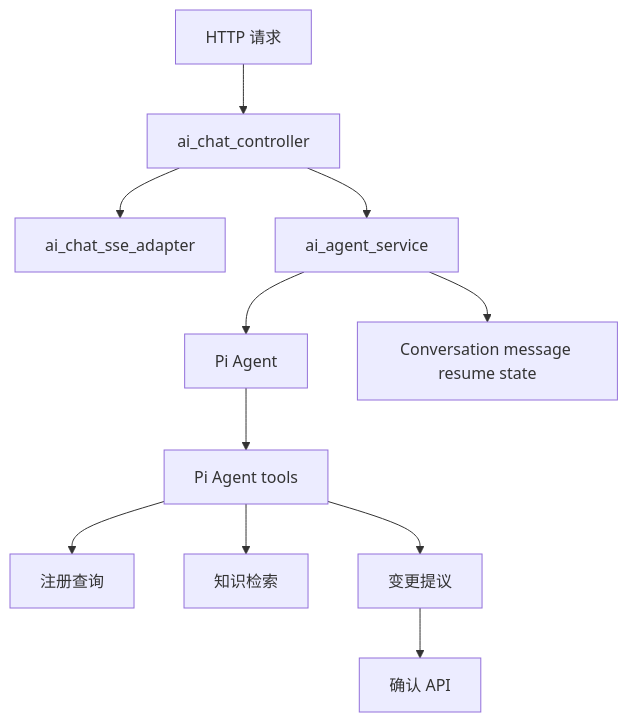
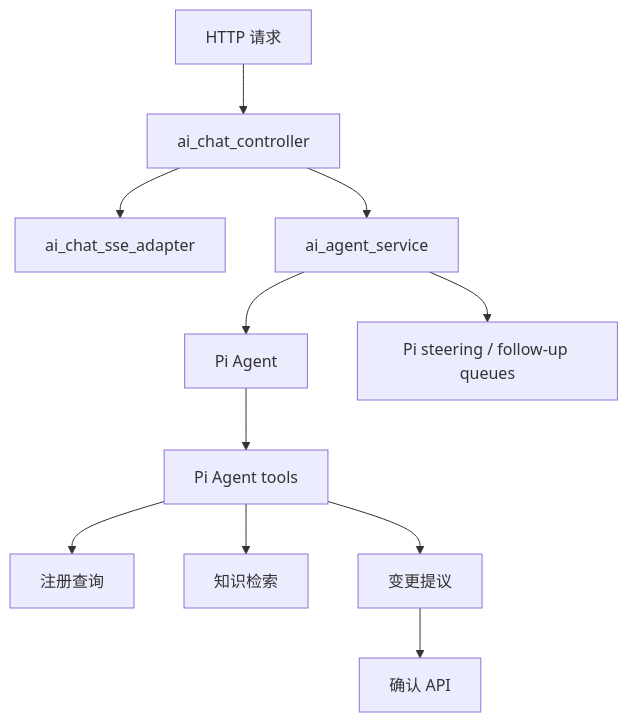
Before and after one commit to OSpoon/api-starter-kit: the diagram in docs/ai-assistant-architecture.md, drawn with Mermaid. The commit also changed other lines of this file and 43 other files, not shown here.

First line of the commit message:
Refactor AI chat components and API to support timeline features

````diff
--- a/docs/ai-assistant-architecture.md
+++ b/docs/ai-assistant-architecture.md
@@ -7,13 +7,13 @@
 ```mermaid
 flowchart TB
   A["HTTP 请求"] --> B["ai_chat_controller"]
   B --> C["ai_chat_sse_adapter"]
   B --> D["ai_agent_service"]
   D --> E["Pi Agent"]
   E --> F["Pi Agent tools"]
   F --> G["注册查询"]
   F --> H["知识检索"]
   F --> I["变更提议"]
   I --> J["确认 API"]
-  D --> K["Conversation message resume state"]
+  D --> K["Pi steering / follow-up queues"]
 ```
````
